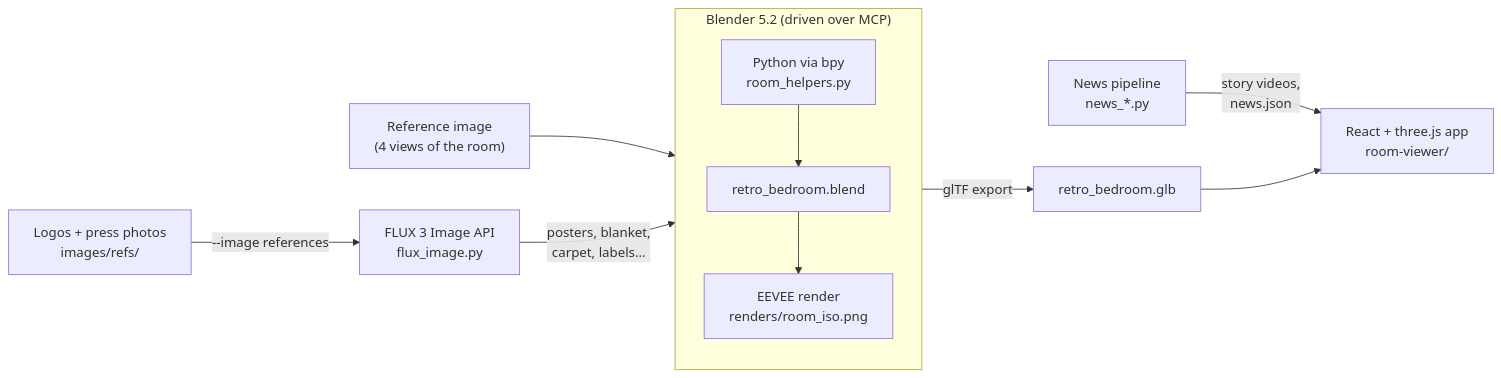
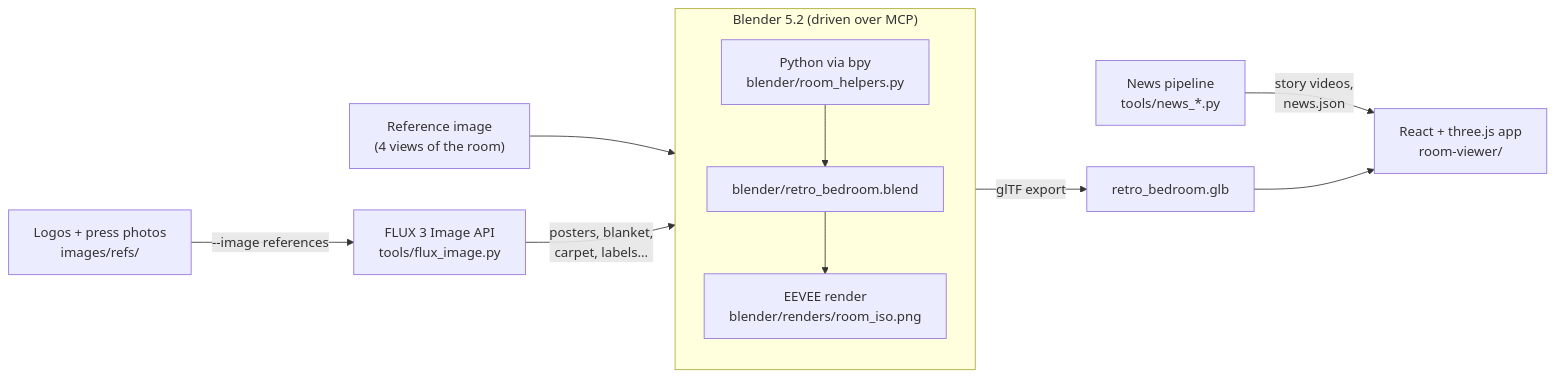
The first of 10 diagrams in README.md (victordiaz/little-big-questions), drawn with Mermaid before and after one commit. The commit also changed other lines of this file and 14 other files, not shown here.

````diff
--- a/README.md
+++ b/README.md
@@ -33,14 +33,14 @@
 ```mermaid
 flowchart LR
     ref["Reference image<br/>(4 views of the room)"] --> blender
     subgraph blender["Blender 5.2 (driven over MCP)"]
         direction TB
-        py["Python via bpy<br/>room_helpers.py"] --> scene["retro_bedroom.blend"]
-        scene --> render["EEVEE render<br/>renders/room_iso.png"]
+        py["Python via bpy<br/>blender/room_helpers.py"] --> scene["blender/retro_bedroom.blend"]
+        scene --> render["EEVEE render<br/>blender/renders/room_iso.png"]
     end
-    flux["FLUX 3 Image API<br/>flux_image.py"] -->|"posters, blanket,<br/>carpet, labels…"| blender
+    flux["FLUX 3 Image API<br/>tools/flux_image.py"] -->|"posters, blanket,<br/>carpet, labels…"| blender
     web["Logos + press photos<br/>images/refs/"] -->|"--image references"| flux
     scene -->|"glTF export"| glb["retro_bedroom.glb"]
-    news["News pipeline<br/>news_*.py"] -->|"story videos,<br/>news.json"| app
+    news["News pipeline<br/>tools/news_*.py"] -->|"story videos,<br/>news.json"| app
     glb --> app["React + three.js app<br/>room-viewer/"]
 ```
````
